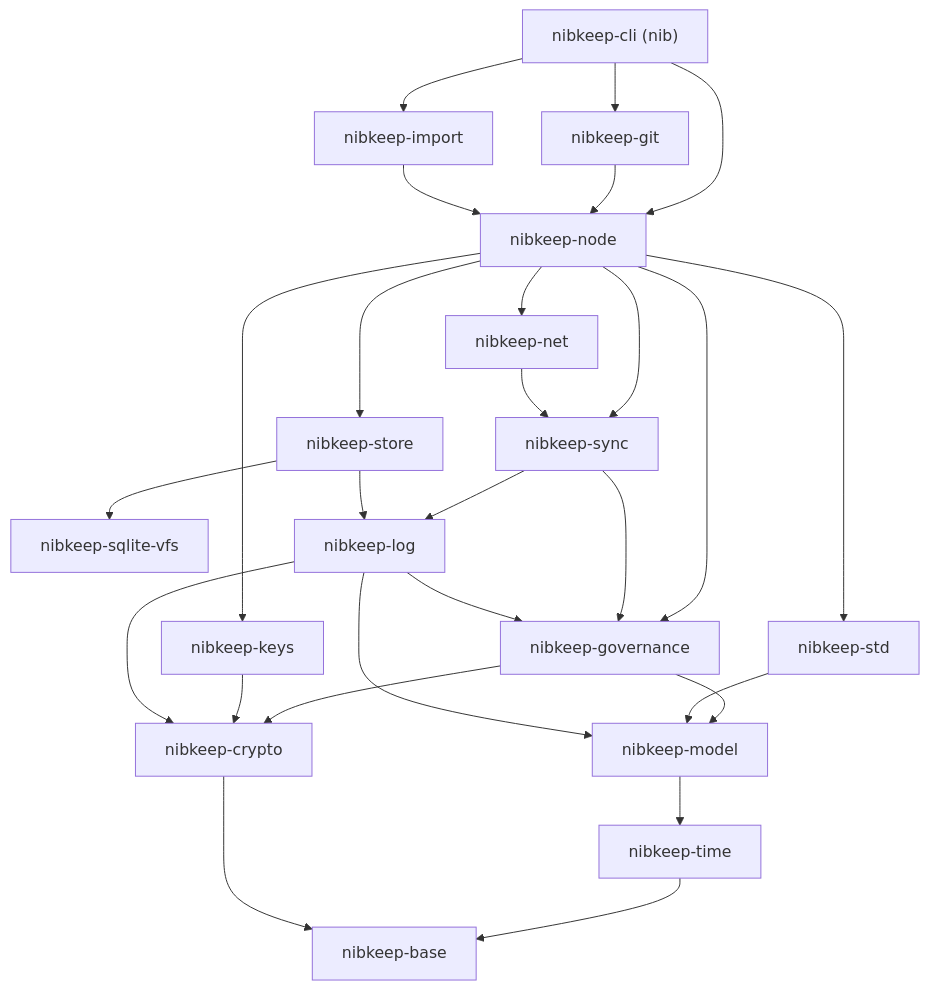
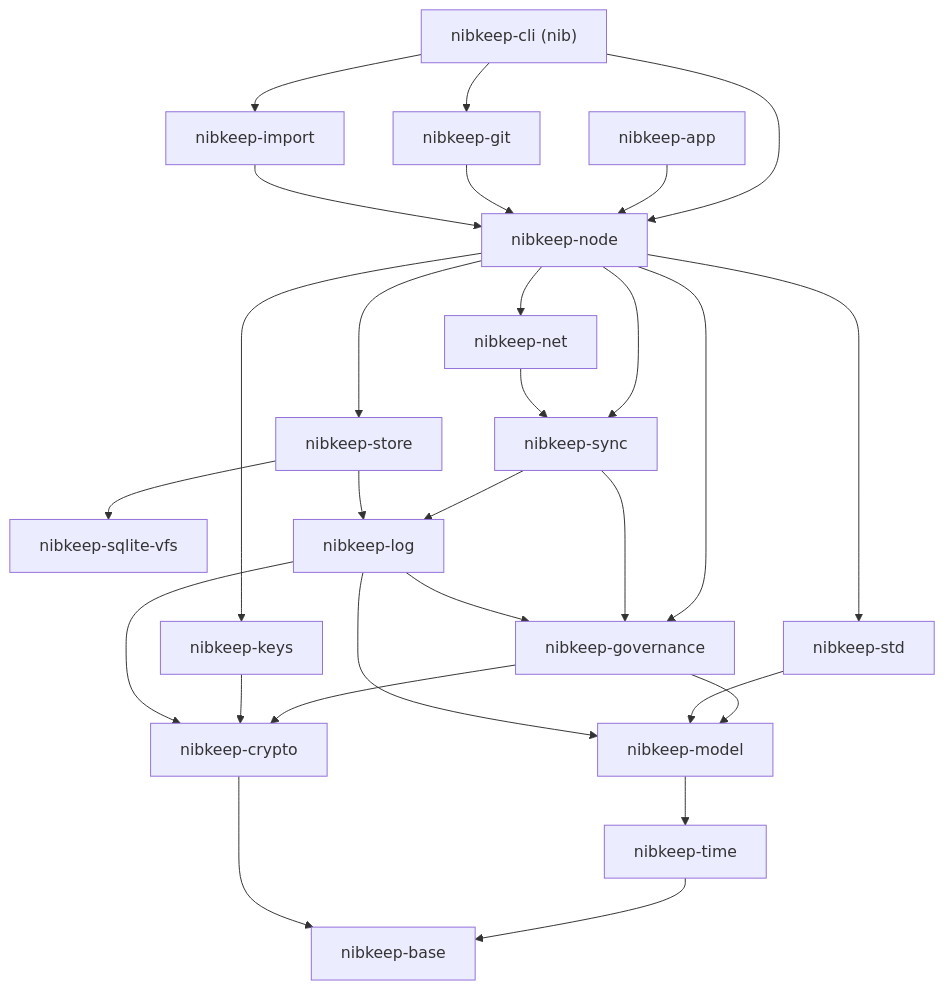
One commit to nibkeep/nibkeep changed the diagram in docs/Plan.md. Above: the diagram before and after it, drawn with Mermaid. The commit also changed other lines of this file and 23 other files, not shown here.

First line of the commit message:
Add nibkeep-app, what every app's core answers alike

````diff
--- a/docs/Plan.md
+++ b/docs/Plan.md
@@ -67,44 +68,46 @@
 ```mermaid
 flowchart TB
     cli["nibkeep-cli (nib)"]
+    app["nibkeep-app"]
     import["nibkeep-import"]
     node["nibkeep-node"]
     net["nibkeep-net"]
     sync["nibkeep-sync"]
     governance["nibkeep-governance"]
     std["nibkeep-std"]
     store["nibkeep-store"]
     vfs["nibkeep-sqlite-vfs"]
     keys["nibkeep-keys"]
     log["nibkeep-log"]
     model["nibkeep-model"]
     crypto["nibkeep-crypto"]
     time["nibkeep-time"]
     base["nibkeep-base"]
     cli --> node
+    app --> node
     cli --> import
     cli --> git["nibkeep-git"]
     git --> node
     import --> node
     node --> net
     node --> sync
     node --> store
     node --> keys
     node --> governance
     node --> std
     net --> sync
     sync --> governance
     sync --> log
     governance --> model
     governance --> crypto
     std --> model
     store --> log
     log --> governance
     store --> vfs
     keys --> crypto
     log --> model
     log --> crypto
     model --> time
     time --> base
     crypto --> base
 ```
````
